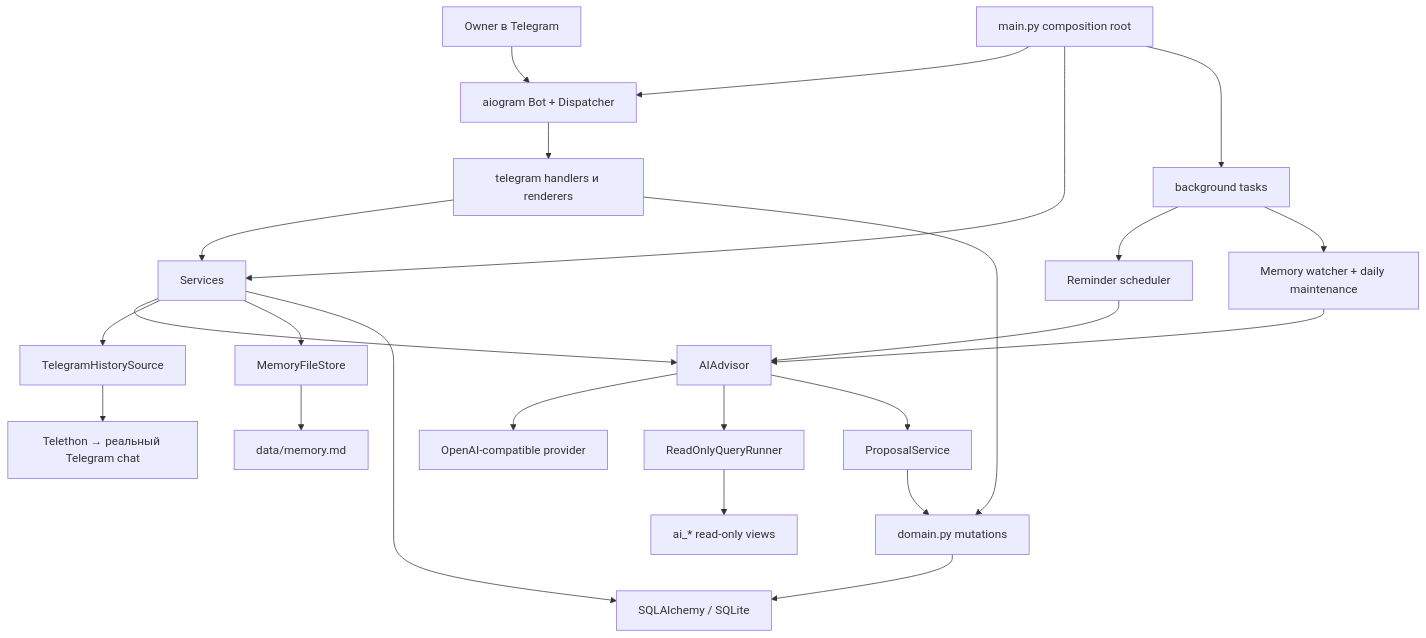
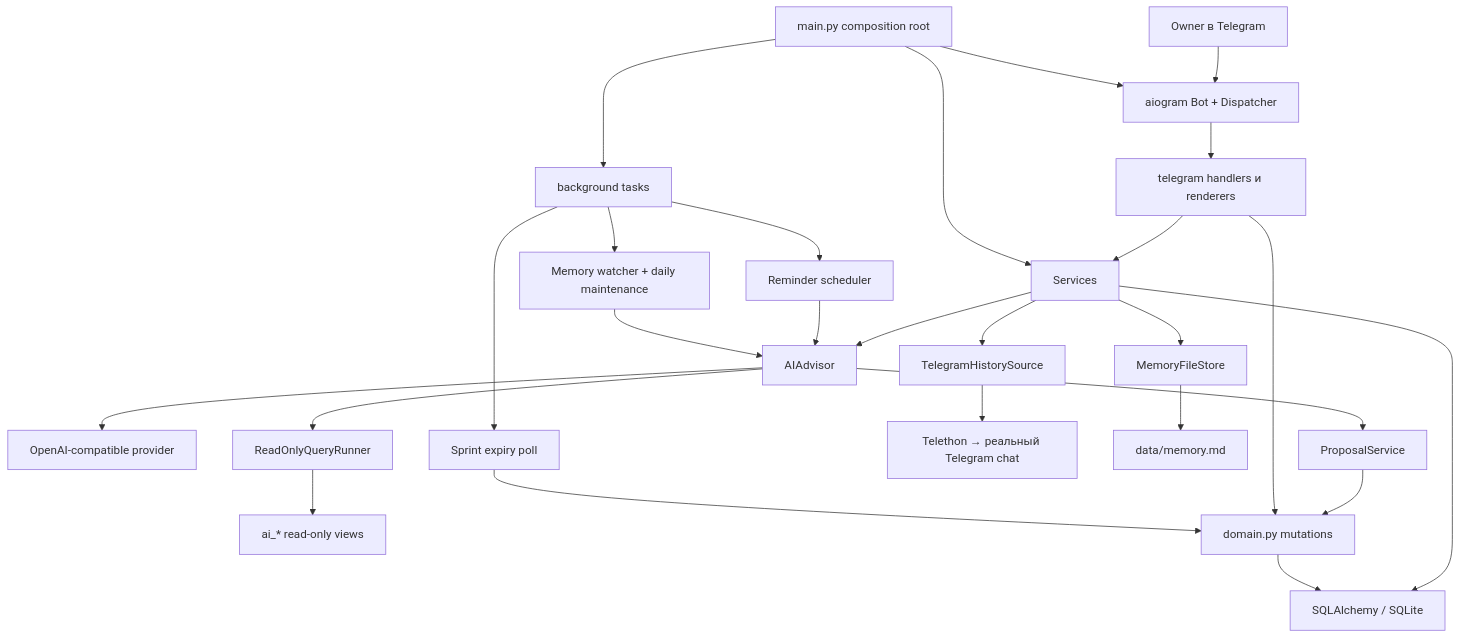
One commit to myvaheed/tg-ai-safwa changed the first of 11 diagrams in docs/STRUCTURE_GRAPH.md. Above: the diagram before and after it, drawn with Mermaid. The commit also changed other lines of this file and 22 other files, not shown here.

````diff
--- a/docs/STRUCTURE_GRAPH.md
+++ b/docs/STRUCTURE_GRAPH.md
@@ -17,30 +17,32 @@
 ```mermaid
 flowchart TD
     U["Owner в Telegram"] --> BOT["aiogram Bot + Dispatcher"]
     BOT --> T["telegram handlers и renderers"]
     T --> S["Services"]
 
     S --> A["AIAdvisor"]
     S --> H["TelegramHistorySource"]
     S --> M["MemoryFileStore"]
     S --> DB["SQLAlchemy / SQLite"]
 
     A --> P["OpenAI-compatible provider"]
     A --> Q["ReadOnlyQueryRunner"]
     A --> PS["ProposalService"]
     Q --> V["ai_* read-only views"]
     PS --> D["domain.py mutations"]
     T --> D
     D --> DB
 
     H --> TG["Telethon → реальный Telegram chat"]
     M --> MF["data/memory.md"]
 
     MAIN["main.py composition root"] --> BOT
     MAIN --> S
     MAIN --> BG["background tasks"]
     BG --> SCH["Reminder scheduler"]
+    BG --> EXP["Sprint expiry poll"]
     BG --> CONT["Memory watcher + daily maintenance"]
+    EXP --> D
     SCH --> A
     CONT --> A
 ```
````
